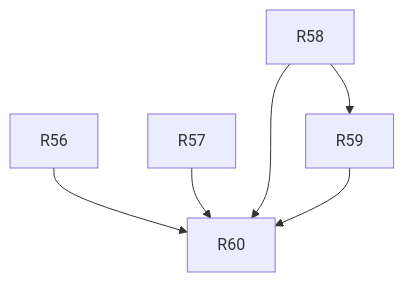
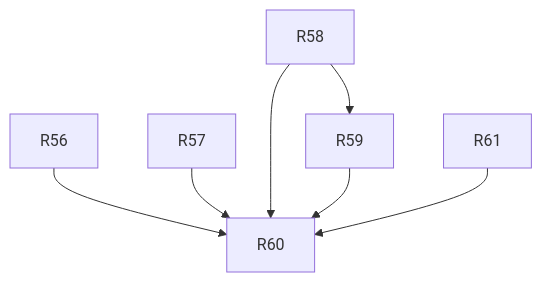
One commit to CipoBaruf/what-is-in-your-sky changed the fourth of 4 diagrams in TASKS.md. Above: the diagram before and after it, drawn with Mermaid. The commit also changed other lines of this file and 53 other files, not shown here.

````diff
--- a/TASKS.md
+++ b/TASKS.md
@@ -1243,5 +1266,5 @@
 ```mermaid
 graph TD
   R58 --> R59
-  R56 & R57 & R58 & R59 --> R60
+  R56 & R57 & R58 & R59 & R61 --> R60
 ```
````
